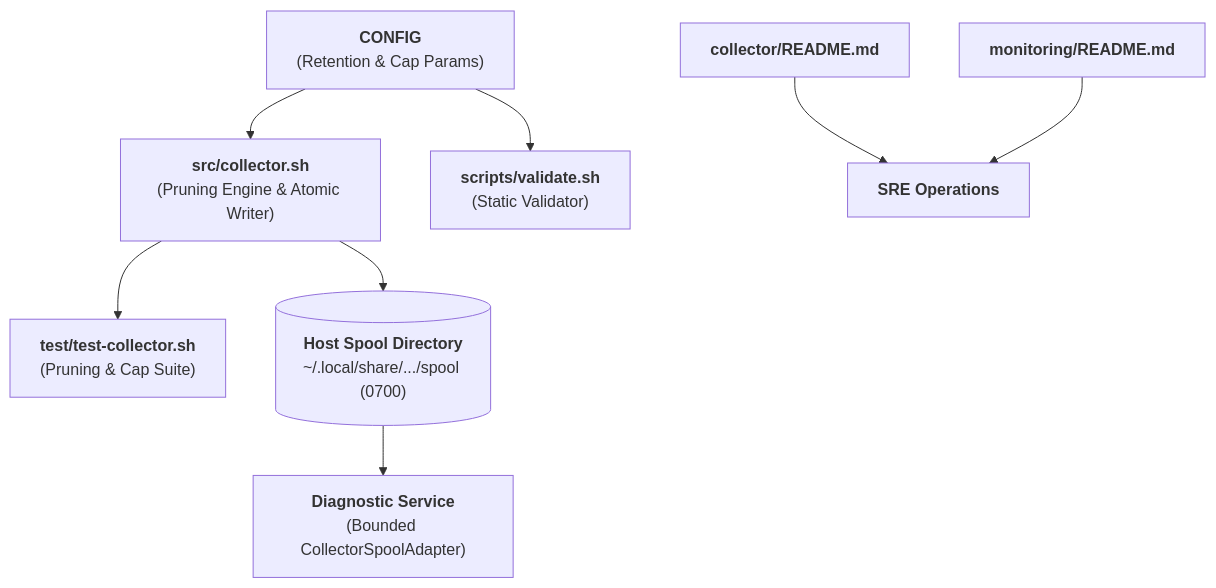
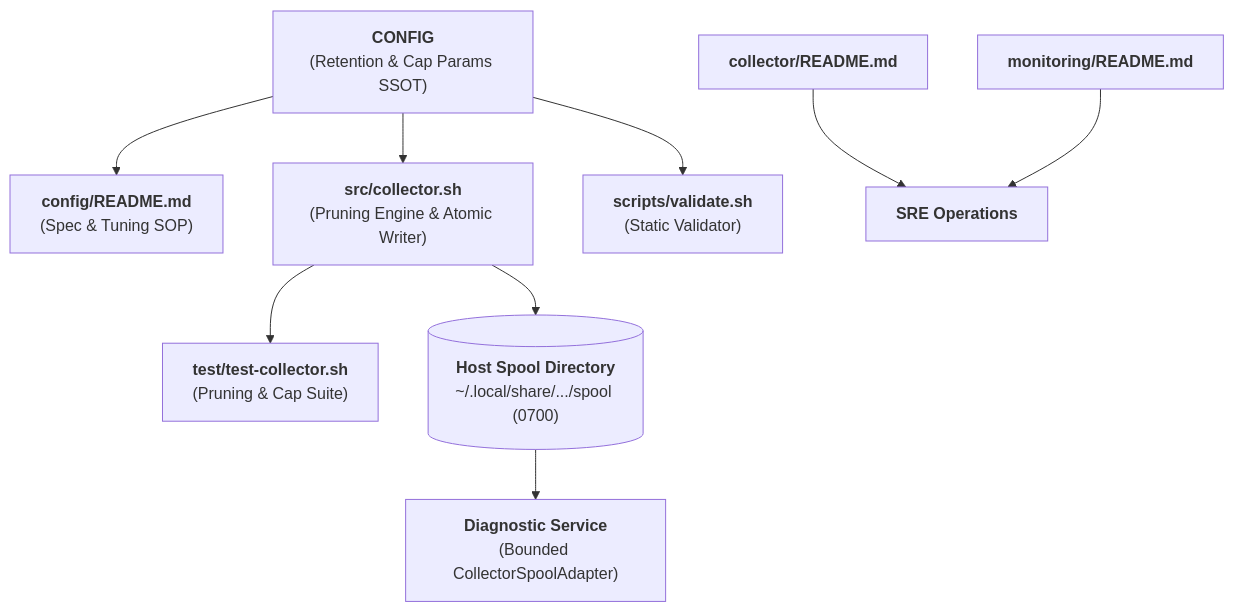
One commit to edkas07-oss/devops-handbook changed the second of 2 diagrams in docs/projects/tomcat-monitoring/engineering-journal/monitoring-platform-integration/TN-011-implement-and-verify-spool-lifecycle-and-log-retention.md. Above: the diagram before and after it, drawn with Mermaid. The commit also changed other lines of this file, not shown here.

Commit message:
docs(tn-011): update artifact manifest with config/README.md and declarative tuning SOP

````diff
--- a/docs/projects/tomcat-monitoring/engineering-journal/monitoring-platform-integration/TN-011-implement-and-verify-spool-lifecycle-and-log-retention.md
+++ b/docs/projects/tomcat-monitoring/engineering-journal/monitoring-platform-integration/TN-011-implement-and-verify-spool-lifecycle-and-log-retention.md
@@ -297,10 +298,11 @@
 ```mermaid
 flowchart TD
-    CONFIG["<b>CONFIG</b><br/>(Retention & Cap Params)"] --> COLLECTOR["<b>src/collector.sh</b><br/>(Pruning Engine & Atomic Writer)"]
+    CONFIG["<b>CONFIG</b><br/>(Retention & Cap Params SSOT)"] --> CONFIG_DOC["<b>config/README.md</b><br/>(Spec & Tuning SOP)"]
+    CONFIG --> COLLECTOR["<b>src/collector.sh</b><br/>(Pruning Engine & Atomic Writer)"]
     CONFIG --> VALIDATE["<b>scripts/validate.sh</b><br/>(Static Validator)"]
     COLLECTOR --> TEST["<b>test/test-collector.sh</b><br/>(Pruning & Cap Suite)"]
     COLLECTOR --> SPOOL[("<b>Host Spool Directory</b><br/>~/.local/share/.../spool (0700)")]
     SPOOL --> DS["<b>Diagnostic Service</b><br/>(Bounded CollectorSpoolAdapter)"]
     README_COL["<b>collector/README.md</b>"] --> SRE["<b>SRE Operations</b>"]
     README_MON["<b>monitoring/README.md</b>"] --> SRE
 ```
````
